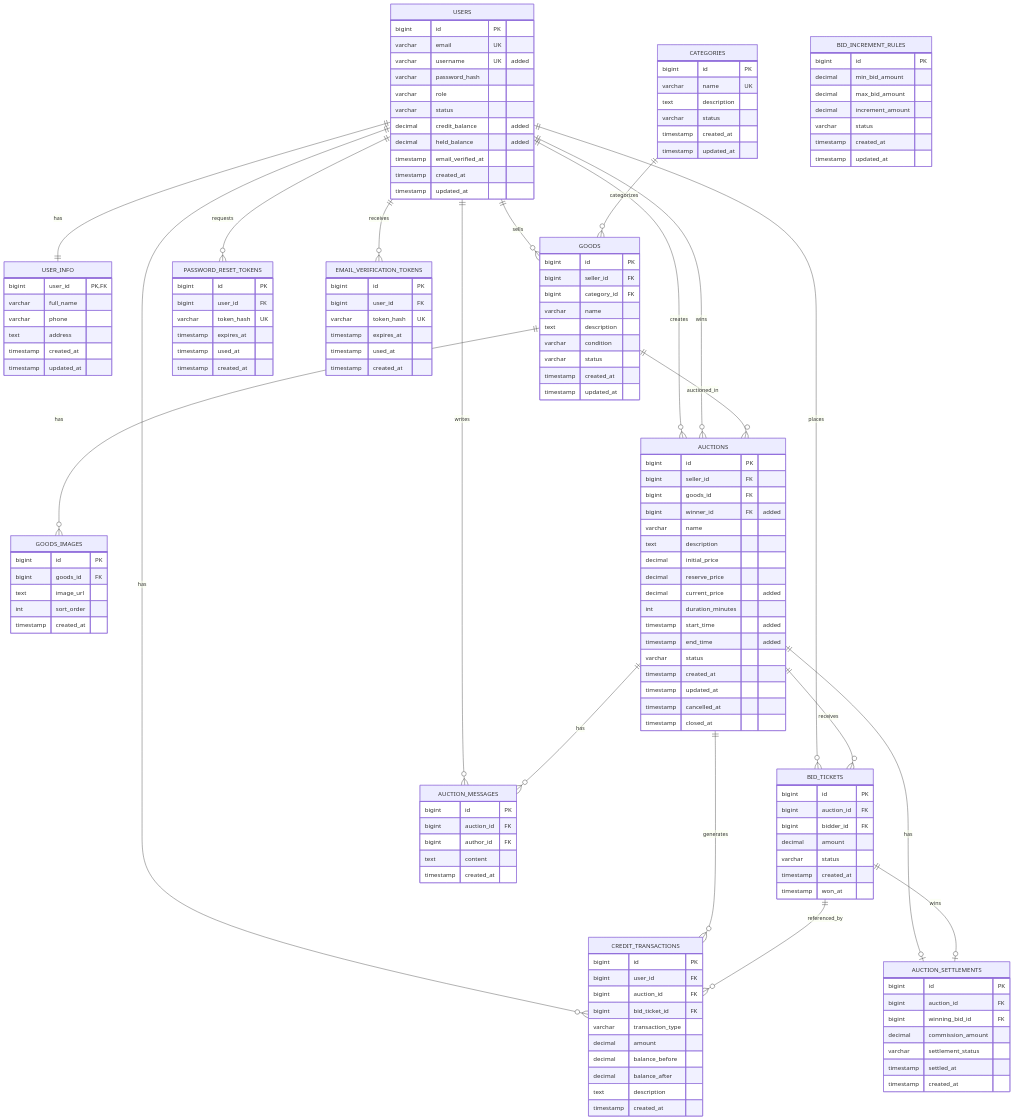
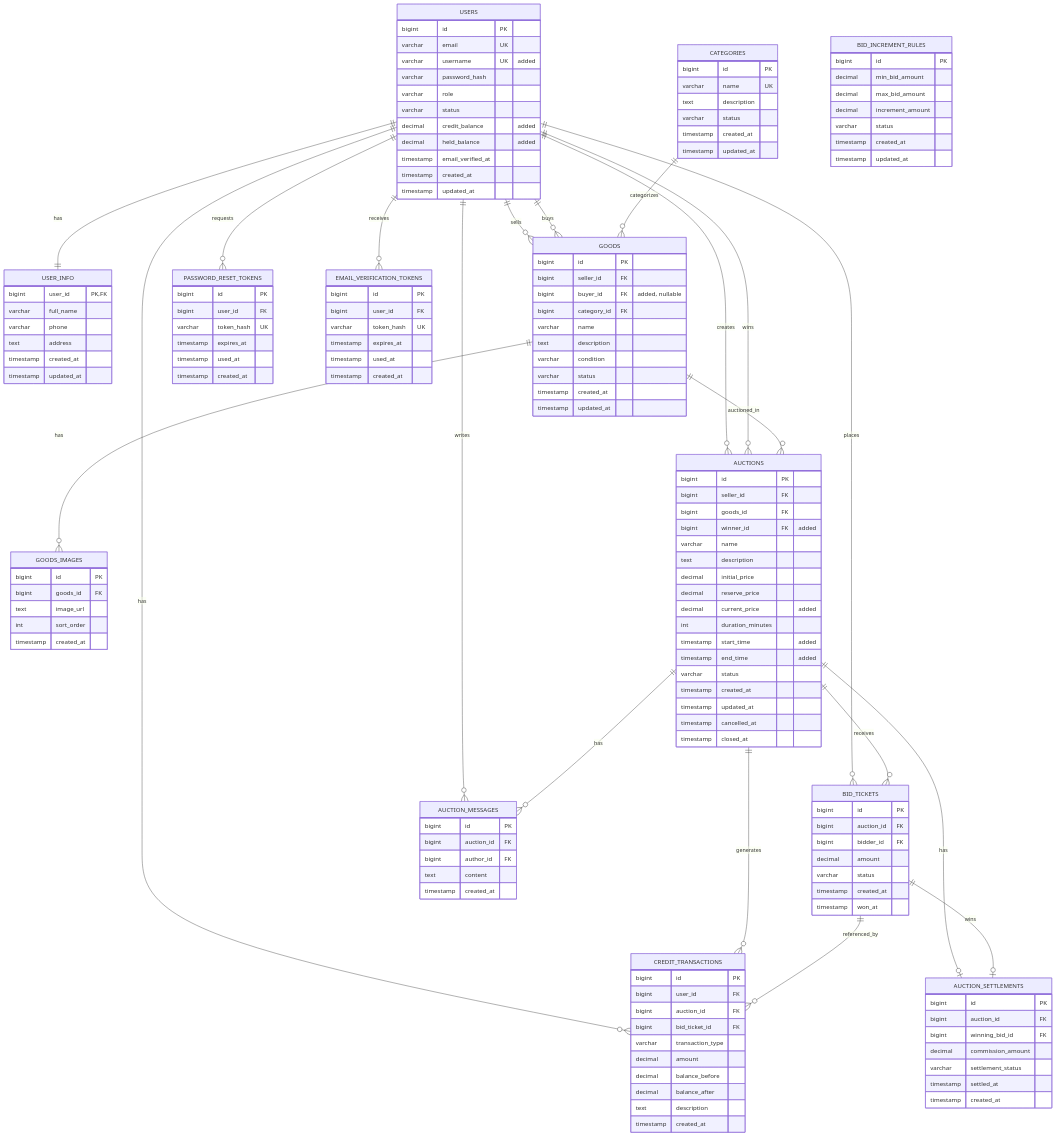
The diagram in docs/ERD_edited.md (anhbody2/Auction_system), drawn with Mermaid before and after one commit. The commit also changed other lines of this file and 19 other files, not shown here.

First line of the commit message:
gds-003: goods buyer column; buyer can re-auction, reseller becomes seller on resale

```diff
--- a/docs/ERD_edited.md
+++ b/docs/ERD_edited.md
@@ -60,6 +67,7 @@
     GOODS {
         bigint id PK
         bigint seller_id FK
+        bigint buyer_id FK "added, nullable"
         bigint category_id FK
         varchar name
         text description
@@ -168,6 +176,7 @@
 
     USERS ||--|| USER_INFO : has
     USERS ||--o{ GOODS : sells
+    USERS ||--o{ GOODS : buys
     USERS ||--o{ AUCTIONS : creates
     USERS ||--o{ AUCTIONS : wins
     USERS ||--o{ BID_TICKETS : places
```
